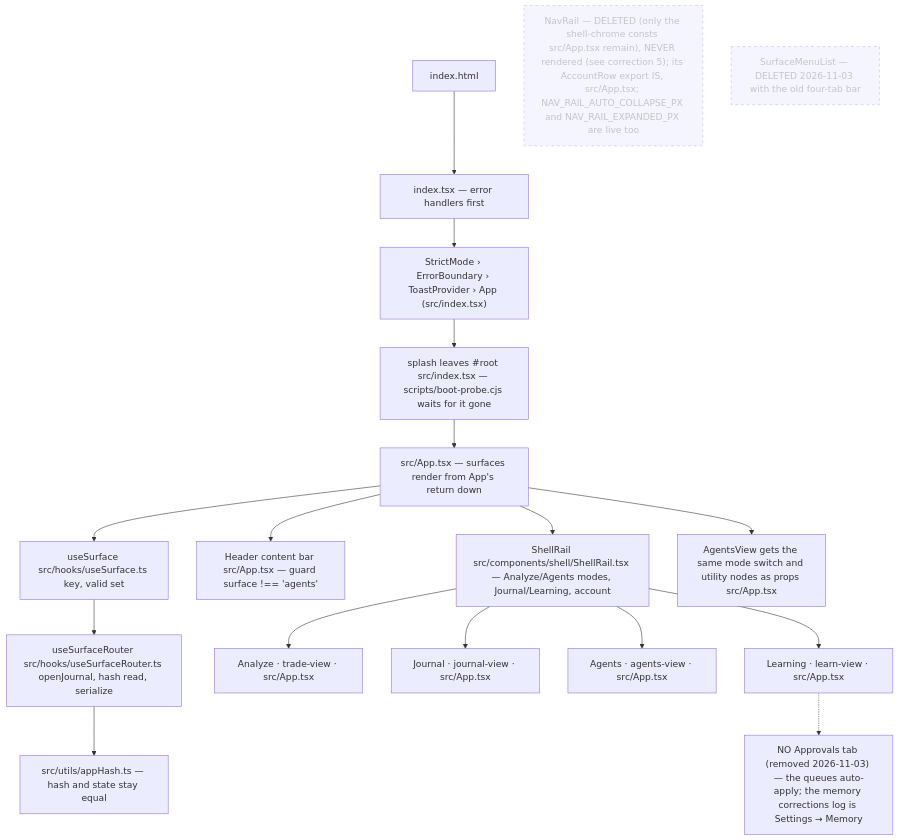
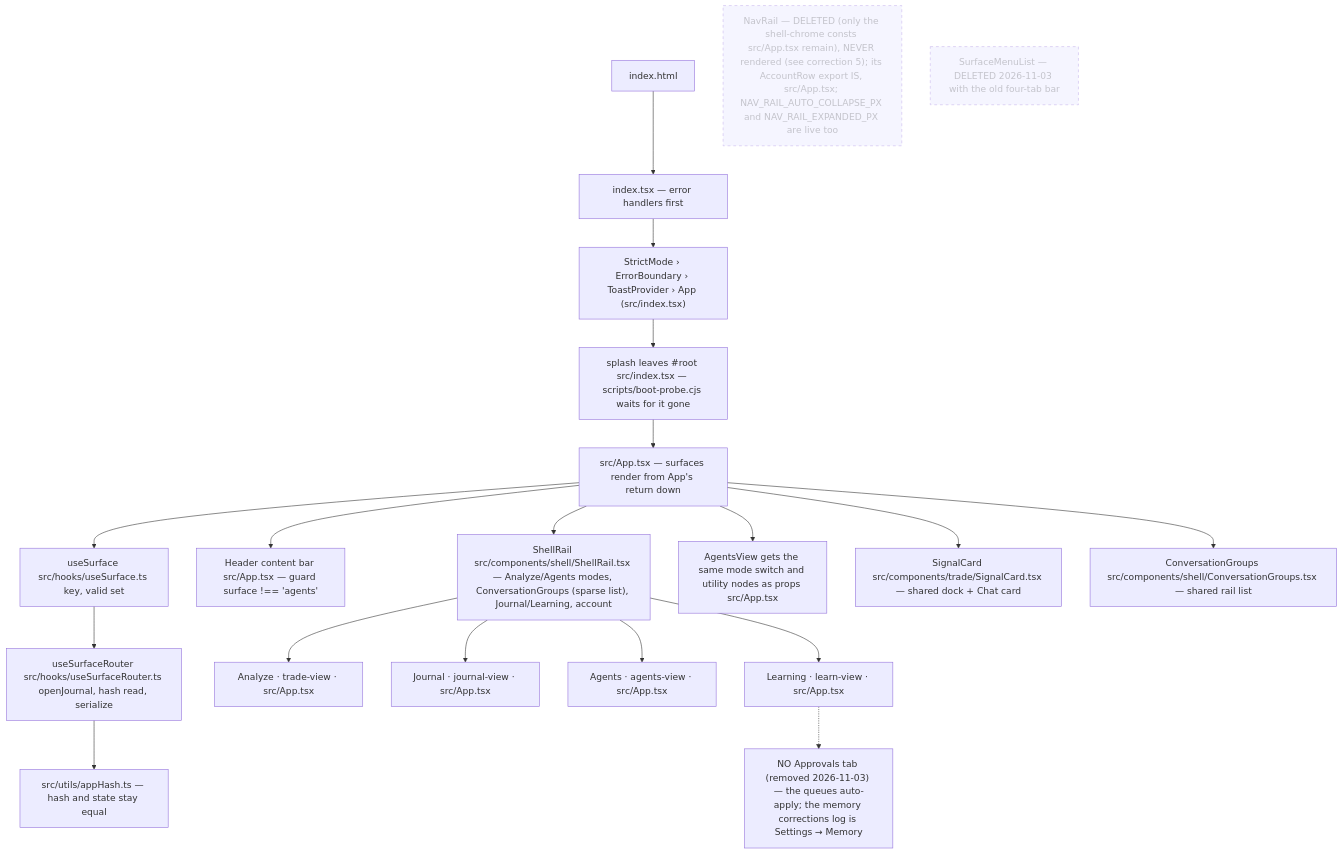
Before and after one commit to KILLER3UG/augustTrading: the first of 8 diagrams in docs/architecture/system-map.md, drawn with Mermaid. The commit also changed 18 other files, not shown here.

First line of the commit message:
feat(ui): the v3 shell — one column, a sparse list, a signal card where the call is

````diff
--- a/docs/architecture/system-map.md
+++ b/docs/architecture/system-map.md
@@ -19,21 +19,23 @@
 ```mermaid
 flowchart TD
     H["index.html"] --> I["index.tsx — error handlers first"]
     I --> S["StrictMode › ErrorBoundary › ToastProvider › App (src/index.tsx)"]
     S --> SP["splash leaves #root src/index.tsx — scripts/boot-probe.cjs waits for it gone"]
     SP --> APP["src/App.tsx — surfaces render from App's return down"]
     APP --> US["useSurface src/hooks/useSurface.ts key, valid set"]
     US --> UR["useSurfaceRouter src/hooks/useSurfaceRouter.ts openJournal, hash read, serialize"]
     UR --> HASH["src/utils/appHash.ts — hash and state stay equal"]
     APP --> HD["Header content bar src/App.tsx — guard surface !== 'agents' "]
-    APP --> SR["ShellRail src/components/shell/ShellRail.tsx — Analyze/Agents modes, Journal/Learning, account"]
+    APP --> SR["ShellRail src/components/shell/ShellRail.tsx — Analyze/Agents modes, ConversationGroups (sparse list), Journal/Learning, account"]
     APP --> AV["AgentsView gets the same mode switch and utility nodes as props src/App.tsx"]
+    APP --> SG["SignalCard src/components/trade/SignalCard.tsx — shared dock + Chat card"]
+    APP --> CG["ConversationGroups src/components/shell/ConversationGroups.tsx — shared rail list"]
     SR --> T["Analyze · trade-view · src/App.tsx"]
     SR --> J["Journal · journal-view · src/App.tsx"]
     SR --> C["Agents · agents-view · src/App.tsx"]
     SR --> K["Learning · learn-view · src/App.tsx"]
     K -.-> AP["NO Approvals tab (removed 2026-11-03) — the queues auto-apply; the memory corrections log is Settings → Memory"]
     NR["NavRail — DELETED (only the shell-chrome consts src/App.tsx remain), NEVER rendered (see correction 5); its AccountRow export IS, src/App.tsx; NAV_RAIL_AUTO_COLLAPSE_PX and NAV_RAIL_EXPANDED_PX are live too"]:::dead
     SM["SurfaceMenuList — DELETED 2026-11-03 with the old four-tab bar"]:::dead
     classDef dead stroke-dasharray: 5 5,opacity:.5
 ```
````
